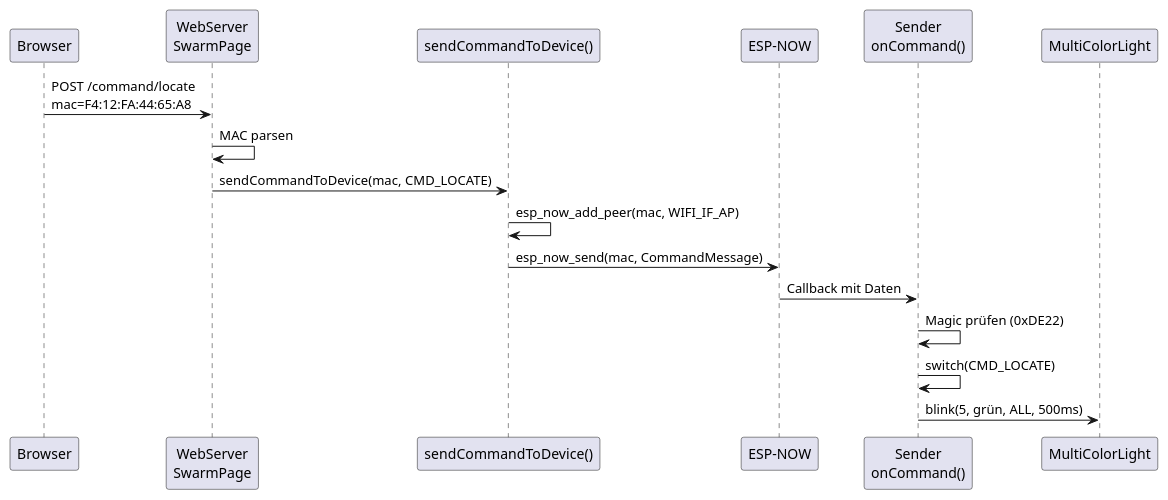
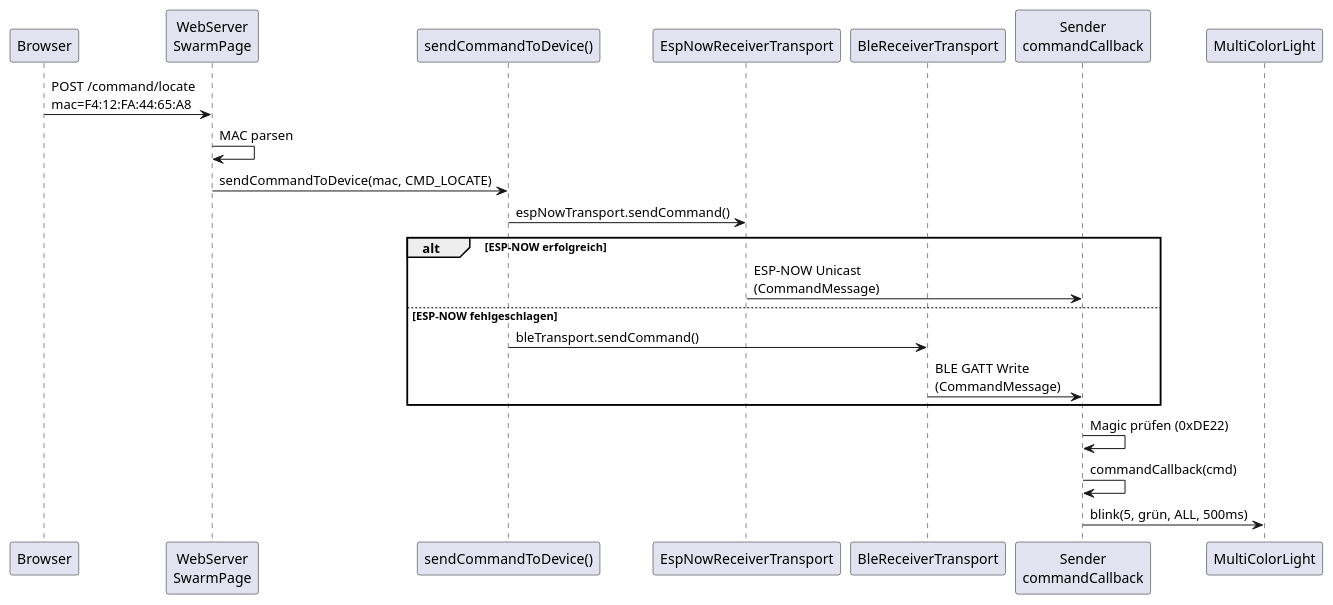
Before and after one commit to niclas-j/dezibot-swarm-logging: the fourth of 5 diagrams in README.md, drawn with PlantUML. The commit also changed other lines of this file and 14 other files, not shown here.

Commit message:
feat: support BLE over adapter pattern for dyamic sender selection

````diff
--- a/README.md
+++ b/README.md
@@ -139,22 +186,27 @@
 ```plantuml
 @startuml
 skinparam backgroundColor transparent
 
 participant "Browser" as B
 participant "WebServer\nSwarmPage" as W
 participant "sendCommandToDevice()" as CS
-participant "ESP-NOW" as E
-participant "Sender\nonCommand()" as S
+participant "EspNowReceiverTransport" as EN
+participant "BleReceiverTransport" as BLE
+participant "Sender\ncommandCallback" as S
 participant "MultiColorLight" as LED
 
 B -> W : POST /command/locate\nmac=F4:12:FA:44:65:A8
 W -> W : MAC parsen
 W -> CS : sendCommandToDevice(mac, CMD_LOCATE)
-CS -> CS : esp_now_add_peer(mac, WIFI_IF_AP)
-CS -> E : esp_now_send(mac, CommandMessage)
-E -> S : Callback mit Daten
+CS -> EN : espNowTransport.sendCommand()
+alt ESP-NOW erfolgreich
+  EN -> S : ESP-NOW Unicast\n(CommandMessage)
+else ESP-NOW fehlgeschlagen
+  CS -> BLE : bleTransport.sendCommand()
+  BLE -> S : BLE GATT Write\n(CommandMessage)
+end
 S -> S : Magic prüfen (0xDE22)
-S -> S : switch(CMD_LOCATE)
+S -> S : commandCallback(cmd)
 S -> LED : blink(5, grün, ALL, 500ms)
 @enduml
 ```
````
